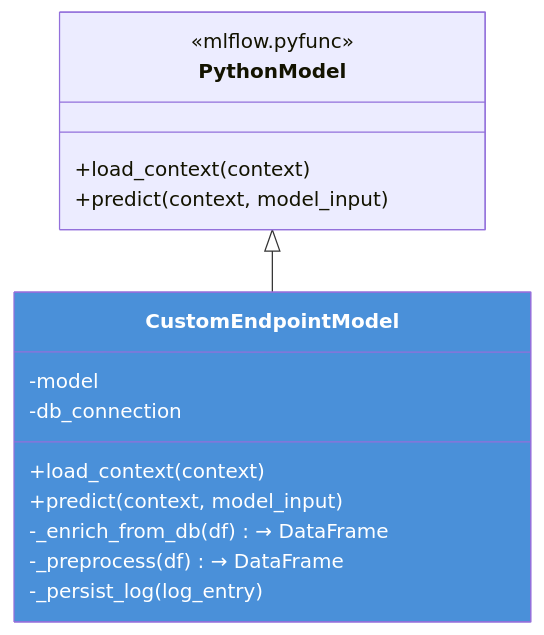
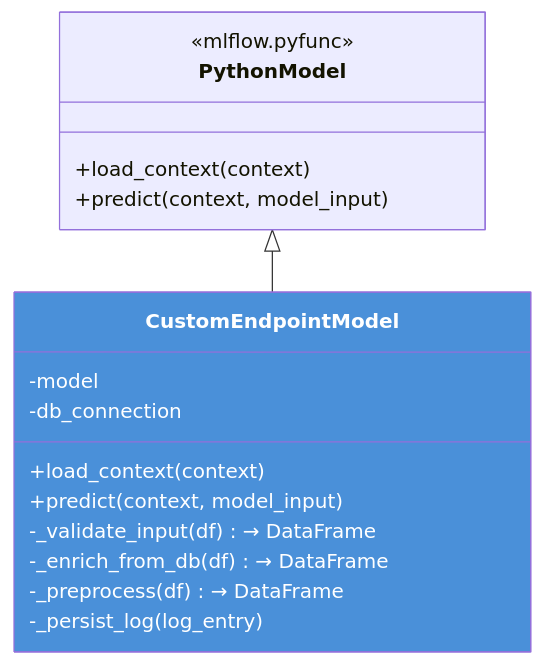
The fourth of 6 diagrams in MLinFabric.md (fredgis/fabric-foundry-kb), drawn with Mermaid before and after one commit. The commit also changed other lines of this file, not shown here.

````diff
--- a/MLinFabric.md
+++ b/MLinFabric.md
@@ -125,22 +241,23 @@
 ```mermaid
 classDiagram
     class PythonModel {
         <<mlflow.pyfunc>>
         +load_context(context)
         +predict(context, model_input)
     }
 
     class CustomEndpointModel {
         -model
         -db_connection
         +load_context(context)
         +predict(context, model_input)
+        -_validate_input(df) → DataFrame
         -_enrich_from_db(df) → DataFrame
         -_preprocess(df) → DataFrame
         -_persist_log(log_entry)
     }
 
     PythonModel <|-- CustomEndpointModel
 
     style CustomEndpointModel fill:#4a90d9,color:#fff
 ```
````
